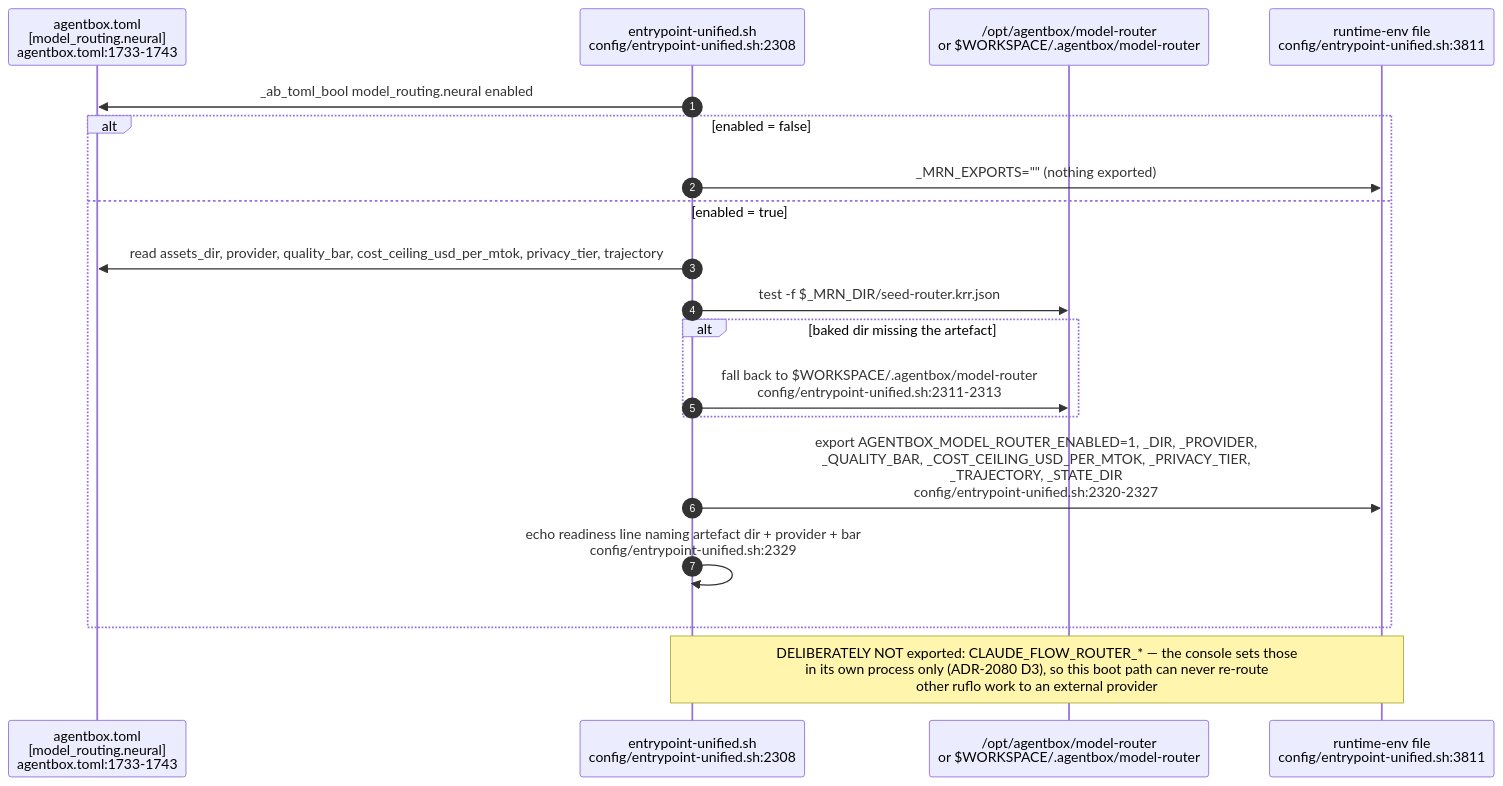
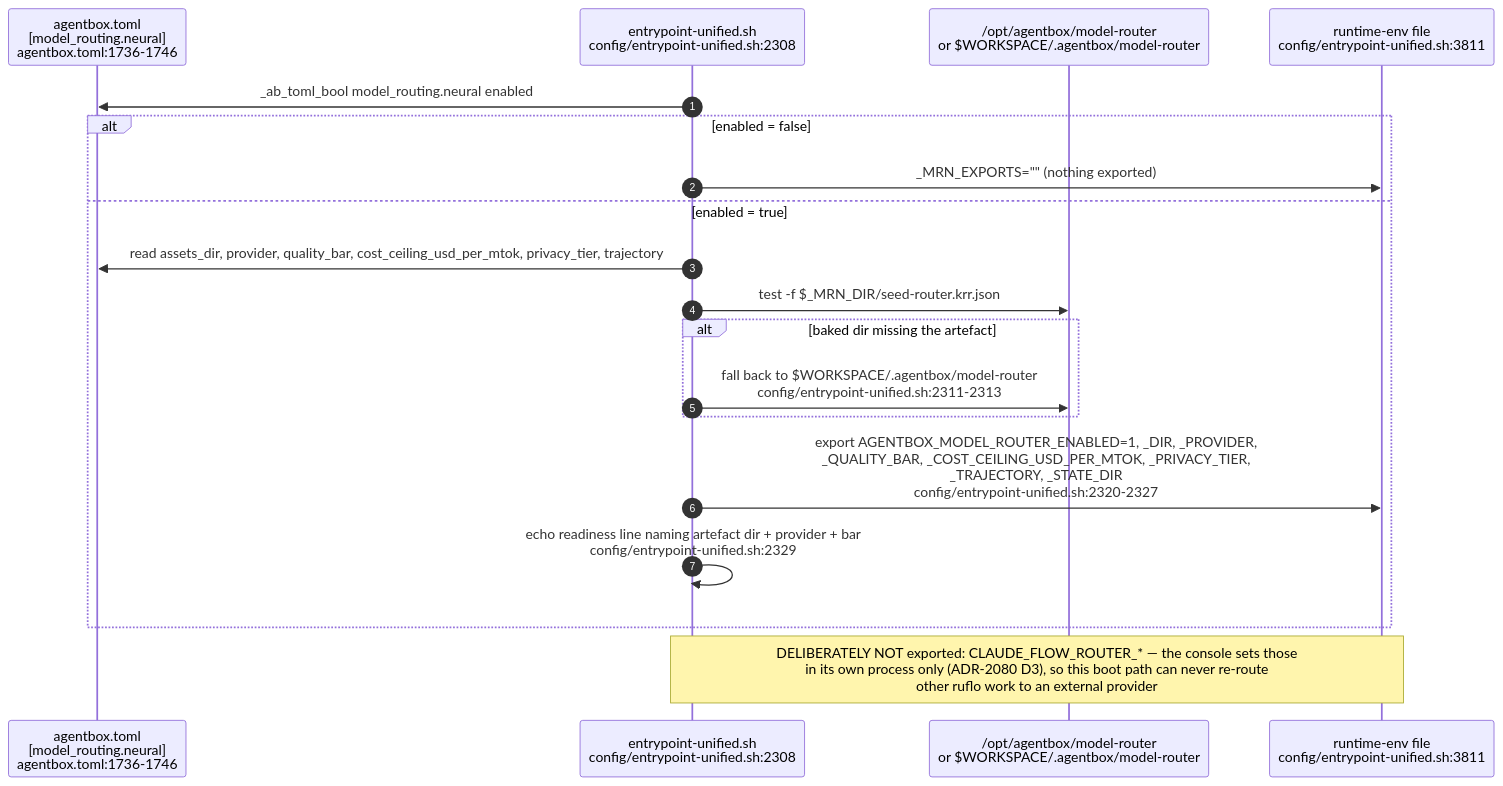
The second of 9 diagrams in docs/diagrams/agentbox/29-metaharness-router-console.md (DreamLab-AI/VisionFlow), drawn with Mermaid before and after one commit. The commit also changed other lines of this file and 142 other files, not shown here.

First line of the commit message:
docs(diagrams): one System One route; re-verify 140 topics at today's heads

````diff
--- a/docs/diagrams/agentbox/29-metaharness-router-console.md
+++ b/docs/diagrams/agentbox/29-metaharness-router-console.md
@@ -69,22 +69,22 @@
 ```mermaid
 sequenceDiagram
     autonumber
-    participant TOML as agentbox.toml<br/>[model_routing.neural]<br/>agentbox.toml:1733-1743
+    participant TOML as agentbox.toml<br/>[model_routing.neural]<br/>agentbox.toml:1736-1746
     participant EP as entrypoint-unified.sh<br/>config/entrypoint-unified.sh:2308
     participant DISK as /opt/agentbox/model-router<br/>or $WORKSPACE/.agentbox/model-router
     participant ENV as runtime-env file<br/>config/entrypoint-unified.sh:3811
 
     EP->>TOML: _ab_toml_bool model_routing.neural enabled
     alt enabled = false
         EP->>ENV: _MRN_EXPORTS="" (nothing exported)
     else enabled = true
         EP->>TOML: read assets_dir, provider, quality_bar, cost_ceiling_usd_per_mtok, privacy_tier, trajectory
         EP->>DISK: test -f $_MRN_DIR/seed-router.krr.json
         alt baked dir missing the artefact
             EP->>DISK: fall back to $WORKSPACE/.agentbox/model-router<br/>config/entrypoint-unified.sh:2311-2313
         end
         EP->>ENV: export AGENTBOX_MODEL_ROUTER_ENABLED=1, _DIR, _PROVIDER,<br/>_QUALITY_BAR, _COST_CEILING_USD_PER_MTOK, _PRIVACY_TIER,<br/>_TRAJECTORY, _STATE_DIR<br/>config/entrypoint-unified.sh:2320-2327
         EP->>EP: echo readiness line naming artefact dir + provider + bar<br/>config/entrypoint-unified.sh:2329
     end
     Note over EP,ENV: DELIBERATELY NOT exported: CLAUDE_FLOW_ROUTER_* — the console sets those<br/>in its own process only (ADR-2080 D3), so this boot path can never re-route<br/>other ruflo work to an external provider
 ```
````
